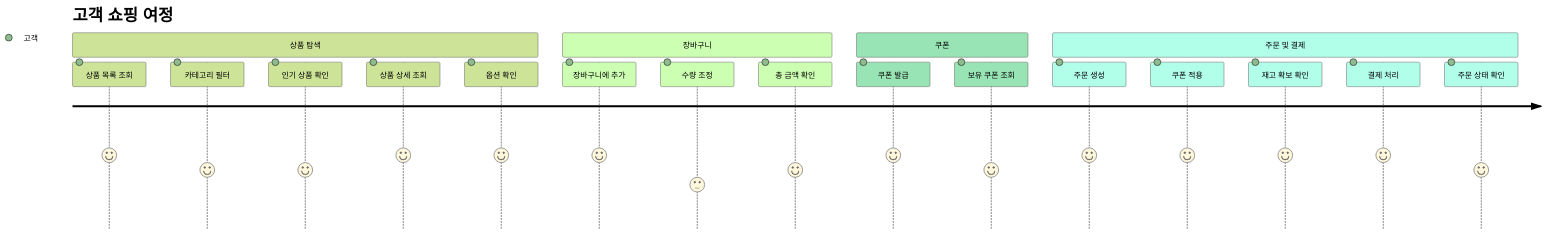
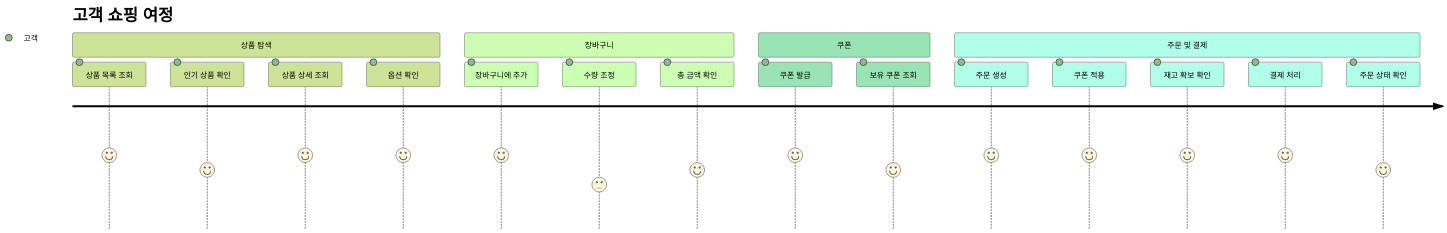
The ninth of 9 diagrams in docs/dev/dashboard/user-stories.md (ywj3493/hhplus-e-commerce), drawn with Mermaid (forest theme) before and after one commit. The commit also changed other lines of this file and 2 other files, not shown here.

````diff
--- a/docs/dev/dashboard/user-stories.md
+++ b/docs/dev/dashboard/user-stories.md
@@ -1182,23 +1182,22 @@
 ```mermaid
 journey
     title 고객 쇼핑 여정
     section 상품 탐색
       상품 목록 조회: 5: 고객
-      카테고리 필터: 4: 고객
       인기 상품 확인: 4: 고객
       상품 상세 조회: 5: 고객
       옵션 확인: 5: 고객
     section 장바구니
       장바구니에 추가: 5: 고객
       수량 조정: 3: 고객
       총 금액 확인: 4: 고객
     section 쿠폰
       쿠폰 발급: 5: 고객
       보유 쿠폰 조회: 4: 고객
     section 주문 및 결제
       주문 생성: 5: 고객
       쿠폰 적용: 5: 고객
       재고 확보 확인: 5: 고객
       결제 처리: 5: 고객
       주문 상태 확인: 4: 고객
 ```
````
